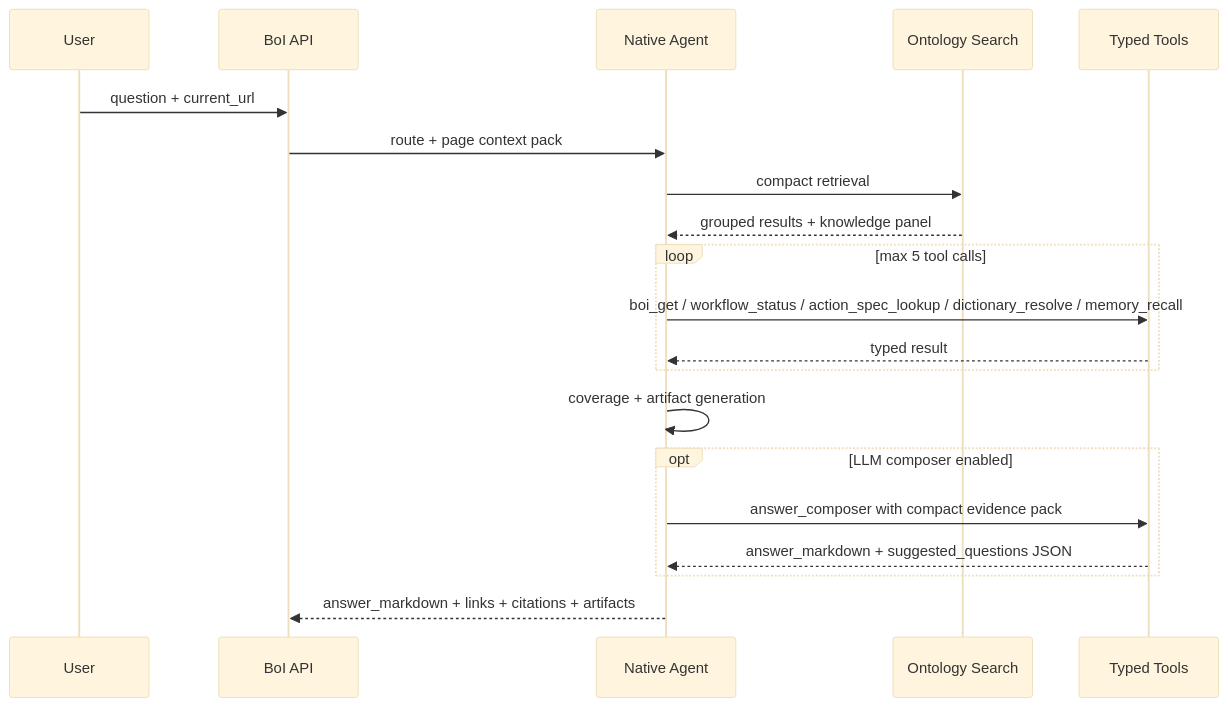
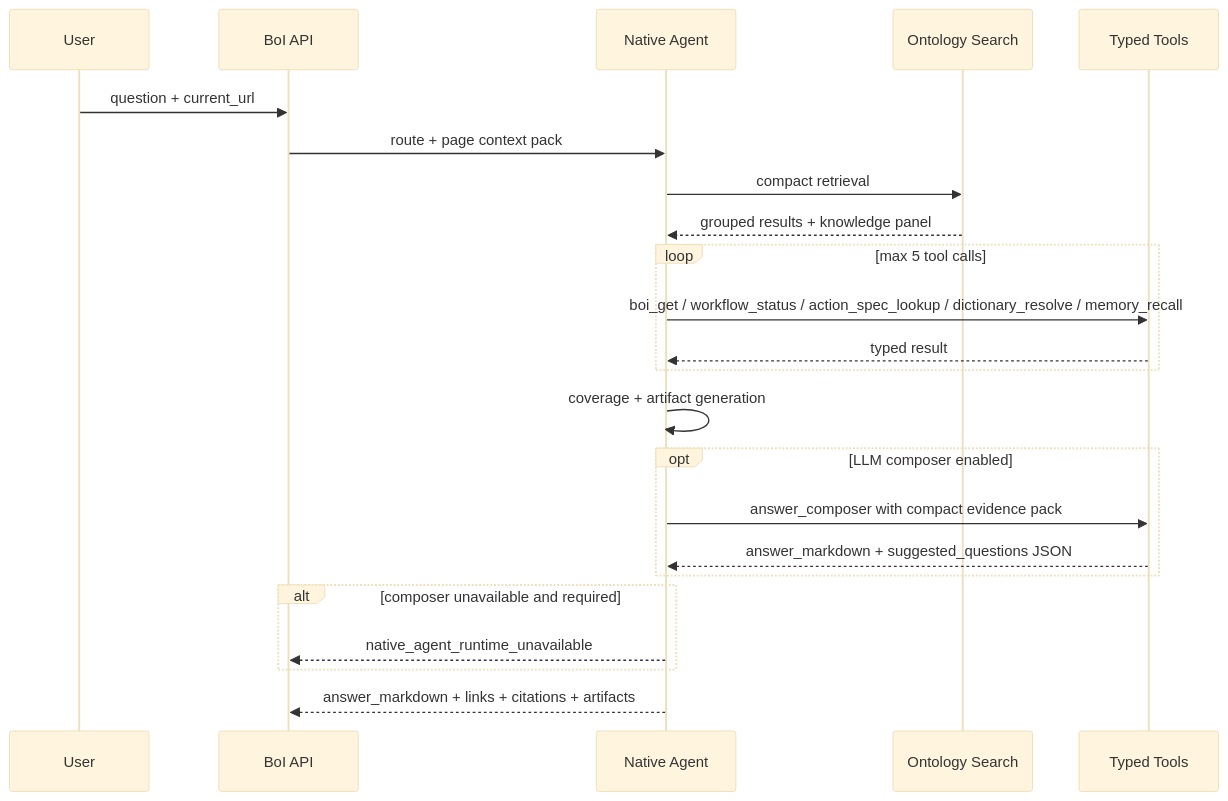
Before and after one commit to chokukil/boi-wiki: the second of 2 diagrams in data/boi/public/boi-wiki-manual/agent/native-boi-agent-tool-loop.md, drawn with Mermaid (base theme). The commit also changed other lines of this file and 9 other files, not shown here.

````diff
--- a/data/boi/public/boi-wiki-manual/agent/native-boi-agent-tool-loop.md
+++ b/data/boi/public/boi-wiki-manual/agent/native-boi-agent-tool-loop.md
@@ -53,23 +55,26 @@
 ```mermaid
 sequenceDiagram
   participant U as User
   participant API as BoI API
   participant Agent as Native Agent
   participant Search as Ontology Search
   participant Tool as Typed Tools
 
   U->>API: question + current_url
   API->>Agent: route + page context pack
   Agent->>Search: compact retrieval
   Search-->>Agent: grouped results + knowledge panel
   loop max 5 tool calls
     Agent->>Tool: boi_get / workflow_status / action_spec_lookup / dictionary_resolve / memory_recall
     Tool-->>Agent: typed result
   end
   Agent->>Agent: coverage + artifact generation
   opt LLM composer enabled
     Agent->>Tool: answer_composer with compact evidence pack
     Tool-->>Agent: answer_markdown + suggested_questions JSON
   end
+  alt composer unavailable and required
+    Agent-->>API: native_agent_runtime_unavailable
+  end
   Agent-->>API: answer_markdown + links + citations + artifacts
 ```
````
